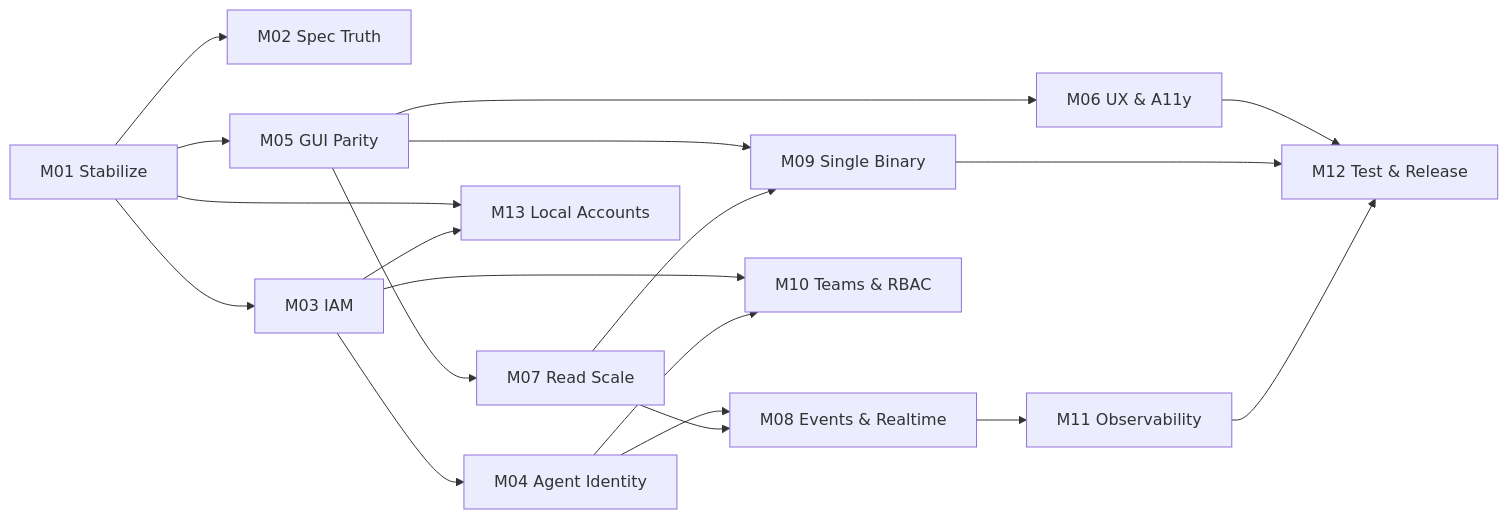
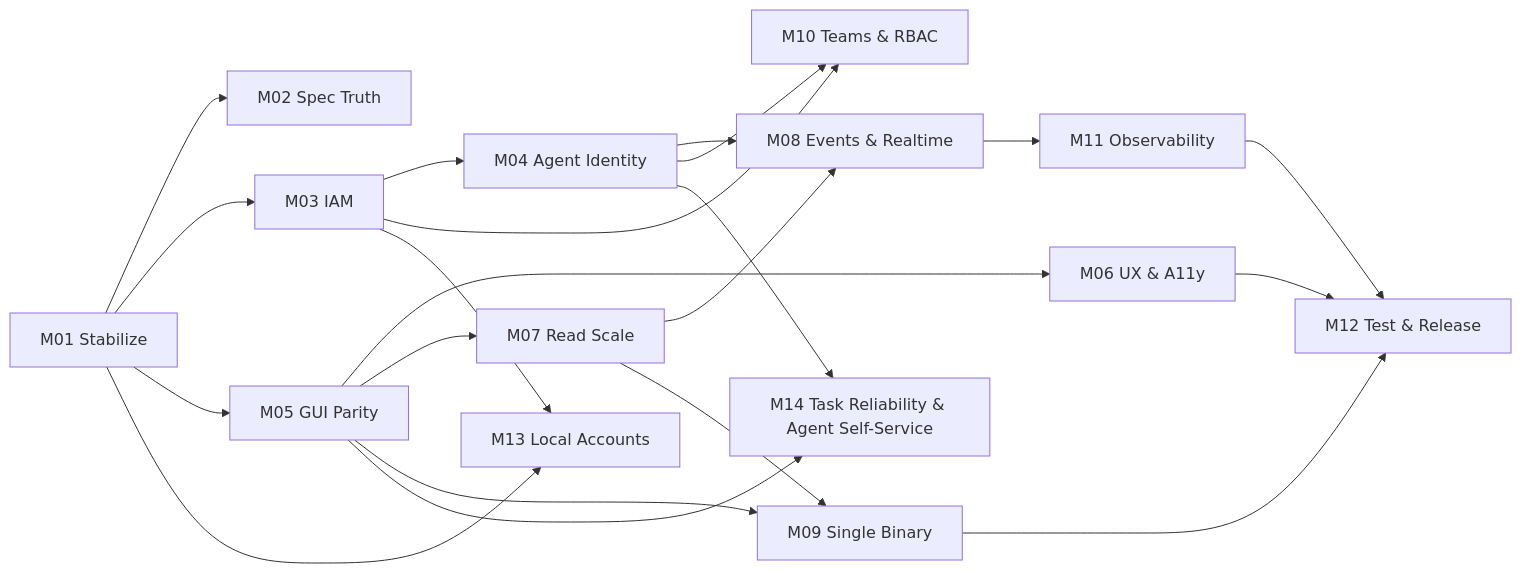
Before and after one commit to huyz0/tasker: the diagram in .milestones/STATE.md, drawn with Mermaid. The commit also changed other lines of this file and 2 other files, not shown here.

First line of the commit message:
docs(plan): add M14 task reliability & agent self-service

````diff
--- a/.milestones/STATE.md
+++ b/.milestones/STATE.md
@@ -81,21 +96,23 @@
 ```mermaid
 graph LR
   M01[M01 Stabilize] --> M02[M02 Spec Truth]
   M01 --> M03[M03 IAM]
   M01 --> M05[M05 GUI Parity]
   M03 --> M04[M04 Agent Identity]
   M05 --> M06[M06 UX & A11y]
   M05 --> M07[M07 Read Scale]
   M04 --> M08[M08 Events & Realtime]
   M07 --> M08
   M05 --> M09[M09 Single Binary]
   M07 --> M09
   M03 --> M10[M10 Teams & RBAC]
   M04 --> M10
   M08 --> M11[M11 Observability]
   M06 --> M12[M12 Test & Release]
   M09 --> M12
   M11 --> M12
   M01 --> M13[M13 Local Accounts]
   M03 --> M13
+  M04 --> M14[M14 Task Reliability & Agent Self-Service]
+  M05 --> M14
 ```
````
